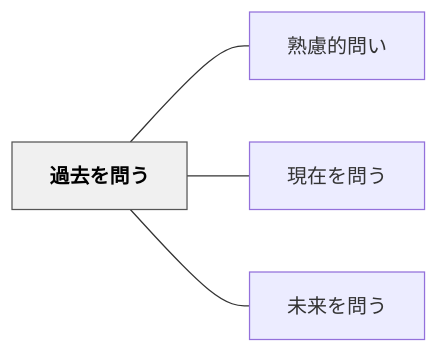
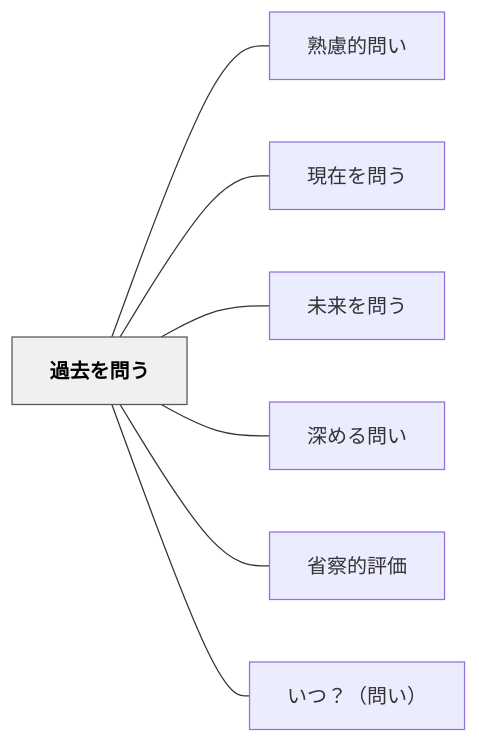
The diagram in content/パタン/過去を問う.md (unknownthings-ed-patterns/unknownthings-ed-patterns), drawn with Mermaid before and after one commit. The commit also changed other lines of this file and 35 other files, not shown here.

````diff
--- a/content/パタン/過去を問う.md
+++ b/content/パタン/過去を問う.md
@@ -40,14 +43,20 @@
 ```mermaid
 flowchart LR
     ne9818ee58ebbe38292e5958fe38186["過去を問う"]
     ne7869fe685aee79a84e5958fe38184["熟慮的問い"]
     ne78fbee59ca8e38292e5958fe38186["現在を問う"]
     ne69caae69da5e38292e5958fe38186["未来を問う"]
+    ne6b7b1e38281e3828be5958fe38184["深める問い"]
+    ne79c81e5af9fe79a84e8a995e4bea1["省察的評価"]
+    ne38184e381a4efbc9fefbc88e5958fe38184efbc89["いつ？（問い）"]
 
     ne9818ee58ebbe38292e5958fe38186 --- ne7869fe685aee79a84e5958fe38184
     ne9818ee58ebbe38292e5958fe38186 --- ne78fbee59ca8e38292e5958fe38186
     ne9818ee58ebbe38292e5958fe38186 --- ne69caae69da5e38292e5958fe38186
+    ne9818ee58ebbe38292e5958fe38186 --- ne6b7b1e38281e3828be5958fe38184
+    ne9818ee58ebbe38292e5958fe38186 --- ne79c81e5af9fe79a84e8a995e4bea1
+    ne9818ee58ebbe38292e5958fe38186 --- ne38184e381a4efbc9fefbc88e5958fe38184efbc89
 
     classDef hub fill:#f0f0f0,stroke:#555,color:#000,font-weight:bold
     class ne9818ee58ebbe38292e5958fe38186 hub
 ```
````
